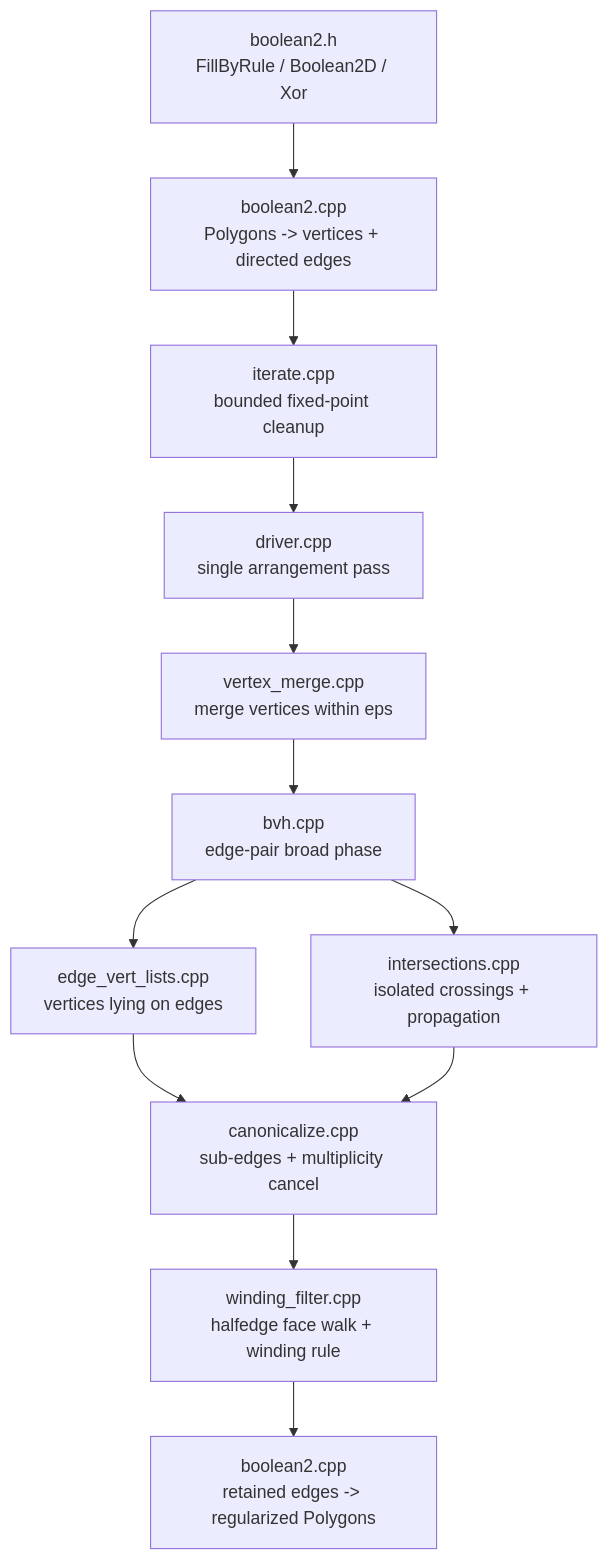
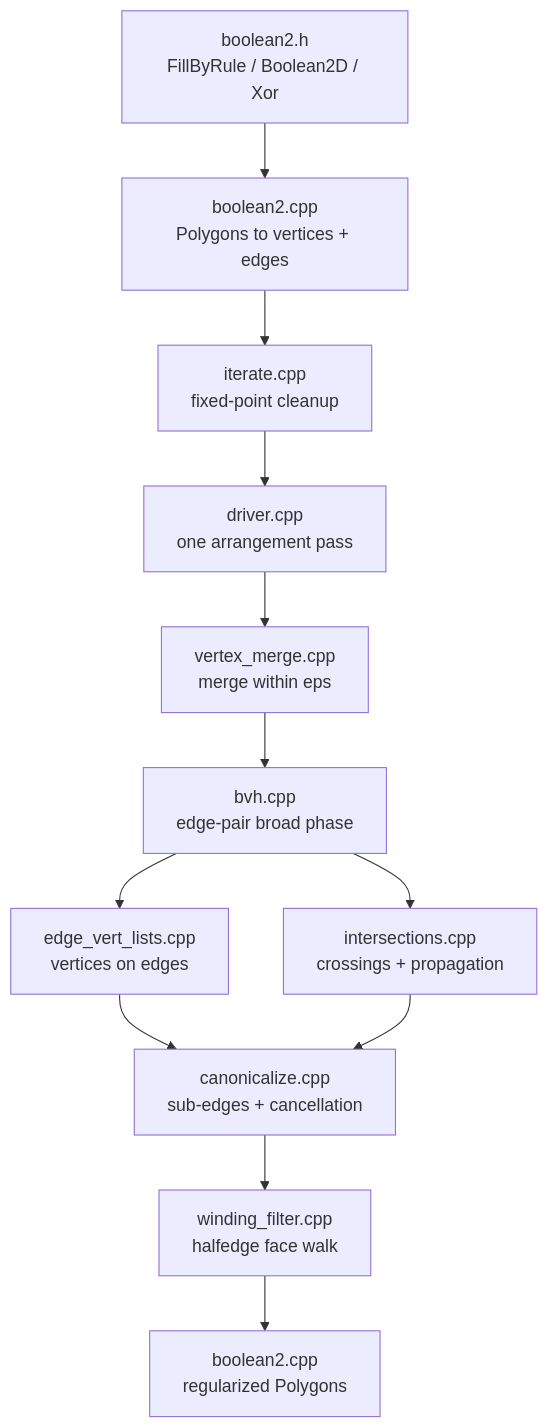
One commit to elalish/manifold changed the diagram in docs/Boolean2.md. Above: the diagram before and after it, drawn with Mermaid.

Commit message:
Tighten Boolean2 architecture diagram labels

````diff
--- a/docs/Boolean2.md
+++ b/docs/Boolean2.md
@@ -71,21 +71,21 @@
 ```mermaid
 flowchart TD
-  API["boolean2.h\nFillByRule / Boolean2D / Xor"]
-  Wrapper["boolean2.cpp\nPolygons -> vertices + directed edges"]
-  Iterate["iterate.cpp\nbounded fixed-point cleanup"]
-  Driver["driver.cpp\nsingle arrangement pass"]
-  Merge["vertex_merge.cpp\nmerge vertices within eps"]
-  Pairs["bvh.cpp\nedge-pair broad phase"]
-  Lists["edge_vert_lists.cpp\nvertices lying on edges"]
-  Ix["intersections.cpp\nisolated crossings + propagation"]
-  Canon["canonicalize.cpp\nsub-edges + multiplicity cancel"]
-  Filter["winding_filter.cpp\nhalfedge face walk + winding rule"]
-  Output["boolean2.cpp\nretained edges -> regularized Polygons"]
+  API["boolean2.h<br/>FillByRule / Boolean2D / Xor"]
+  Wrapper["boolean2.cpp<br/>Polygons to vertices + edges"]
+  Iterate["iterate.cpp<br/>fixed-point cleanup"]
+  Driver["driver.cpp<br/>one arrangement pass"]
+  Merge["vertex_merge.cpp<br/>merge within eps"]
+  Pairs["bvh.cpp<br/>edge-pair broad phase"]
+  Lists["edge_vert_lists.cpp<br/>vertices on edges"]
+  Ix["intersections.cpp<br/>crossings + propagation"]
+  Canon["canonicalize.cpp<br/>sub-edges + cancellation"]
+  Filter["winding_filter.cpp<br/>halfedge face walk"]
+  Output["boolean2.cpp<br/>regularized Polygons"]
 
   API --> Wrapper --> Iterate --> Driver
   Driver --> Merge --> Pairs
   Pairs --> Lists
   Pairs --> Ix
   Lists --> Canon
   Ix --> Canon --> Filter --> Output
 ```
````
